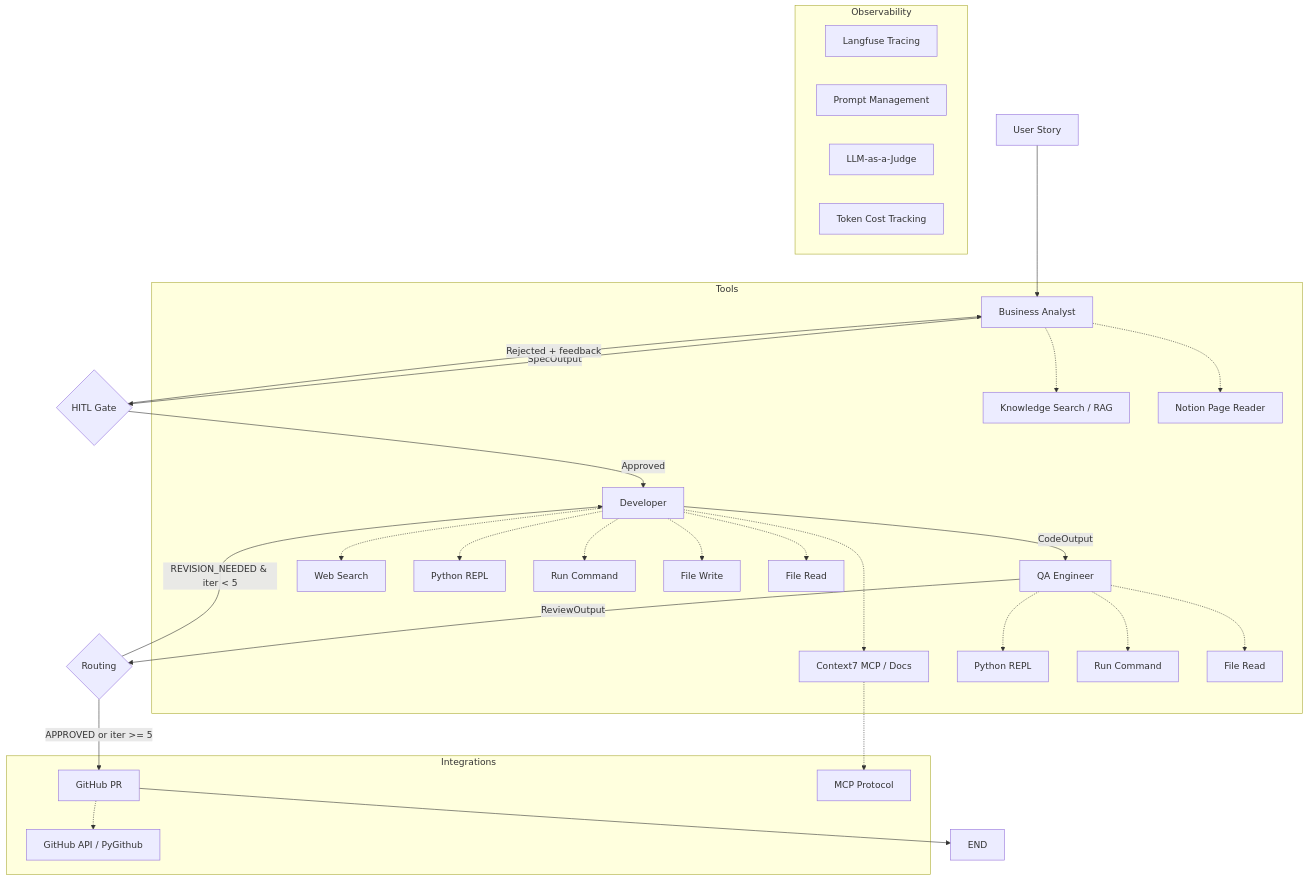
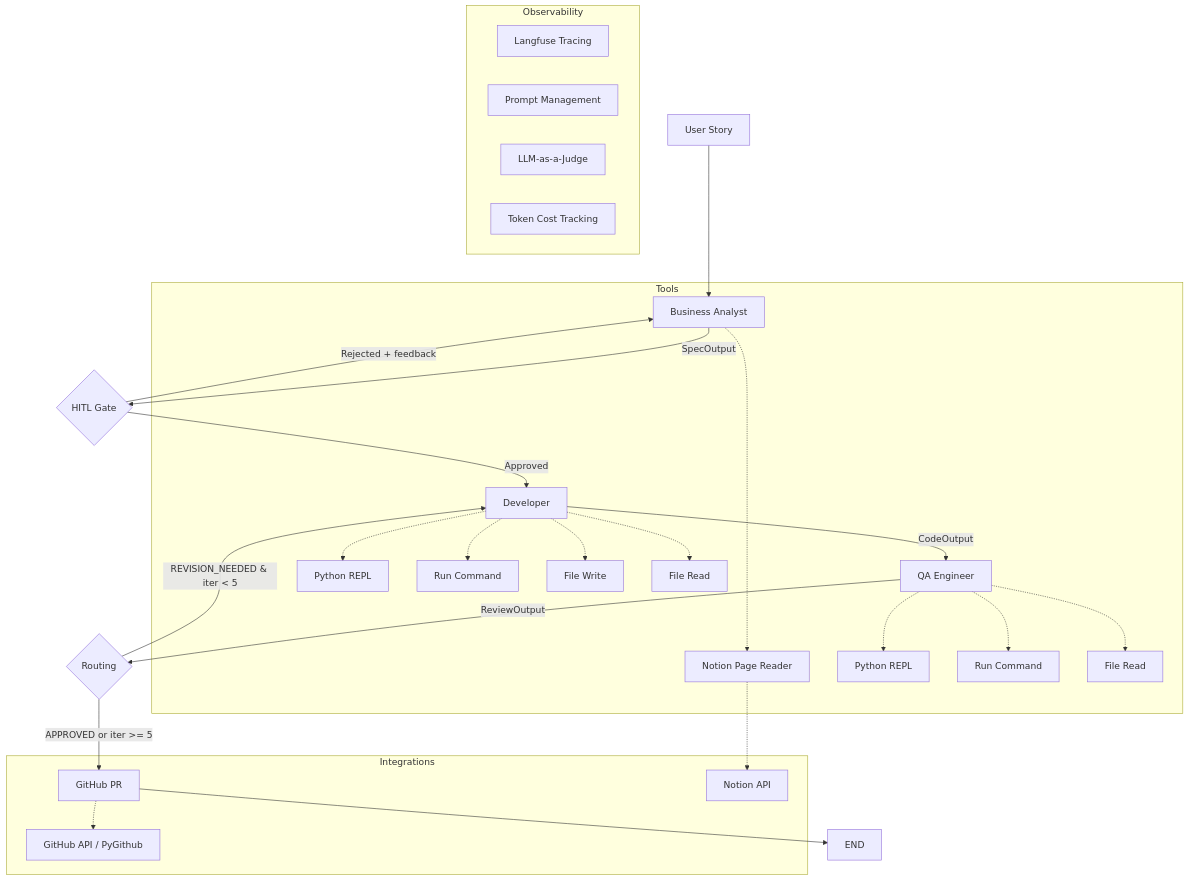
The diagram in README.md (vilyaua/MAIS-ProjectFinal), drawn with Mermaid before and after one commit. The commit also changed other lines of this file and 361 other files, not shown here.

````diff
--- a/README.md
+++ b/README.md
@@ -7,38 +7,35 @@
 ```mermaid
 graph TD
     U[User Story] --> BA[Business Analyst]
     BA -->|SpecOutput| HITL{HITL Gate}
     HITL -->|Rejected + feedback| BA
     HITL -->|Approved| DEV[Developer]
     DEV -->|CodeOutput| QA[QA Engineer]
     QA -->|ReviewOutput| R{Routing}
     R -->|REVISION_NEEDED & iter < 5| DEV
     R -->|APPROVED or iter >= 5| GH[GitHub PR]
     GH --> E[END]
 
     subgraph Tools
-        BA -.-> RAG[Knowledge Search / RAG]
         BA -.-> NP[Notion Page Reader]
-        DEV -.-> WS[Web Search]
-        DEV -.-> C7[Context7 MCP / Docs]
         DEV -.-> REPL[Python REPL]
         DEV -.-> CMD[Run Command]
         DEV -.-> FW[File Write]
         DEV -.-> FR[File Read]
         QA -.-> REPL2[Python REPL]
         QA -.-> CMD2[Run Command]
         QA -.-> FR2[File Read]
     end
 
     subgraph Integrations
         GH -.-> GHA[GitHub API / PyGithub]
-        C7 -.-> MCP[MCP Protocol]
+        NP -.-> NAPI[Notion API]
     end
 
     subgraph Observability
         LF[Langfuse Tracing]
         PM[Prompt Management]
         EV[LLM-as-a-Judge]
         TT[Token Cost Tracking]
     end
 ```
````
